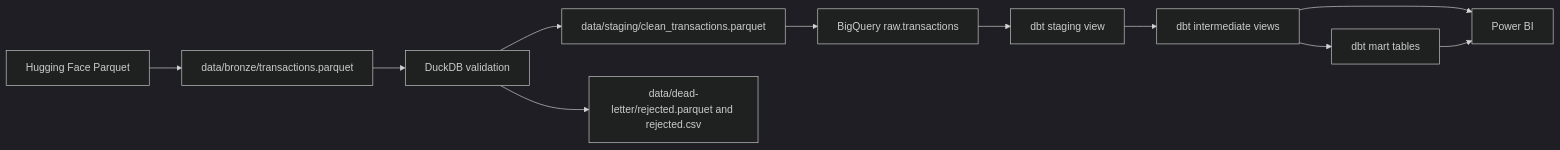
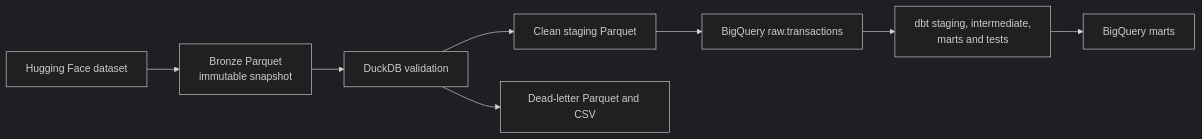
The diagram in docs/architecture.md (Chibutechie/banking-retail-transactions), drawn with Mermaid (dark theme) before and after one commit. The commit also changed other lines of this file and 1 other file, not shown here.

````diff
--- a/docs/architecture.md
+++ b/docs/architecture.md
@@ -7,12 +20,10 @@
 ```mermaid
 flowchart LR
-    HF[Hugging Face Parquet] --> Bronze[data/bronze/transactions.parquet]
-    Bronze --> Validate[DuckDB validation]
-    Validate --> Clean[data/staging/clean_transactions.parquet]
-    Validate --> Dead[data/dead-letter/rejected.parquet and rejected.csv]
+    HF[Hugging Face dataset] --> Bronze[Bronze Parquet<br/>immutable snapshot]
+    Bronze --> DuckDB[DuckDB validation]
+    DuckDB --> Clean[Clean staging Parquet]
+    DuckDB --> Rejects[Dead-letter Parquet and CSV]
     Clean --> Raw[BigQuery raw.transactions]
-    Raw --> Staging[dbt staging view]
-    Staging --> Intermediate[dbt intermediate views]
-    Intermediate --> Marts[dbt mart tables]
-    Intermediate & Marts --> PowerBI[Power BI]
+    Raw --> DBT[dbt staging, intermediate,<br/>marts and tests]
+    DBT --> Marts[BigQuery marts]
 ```
````
